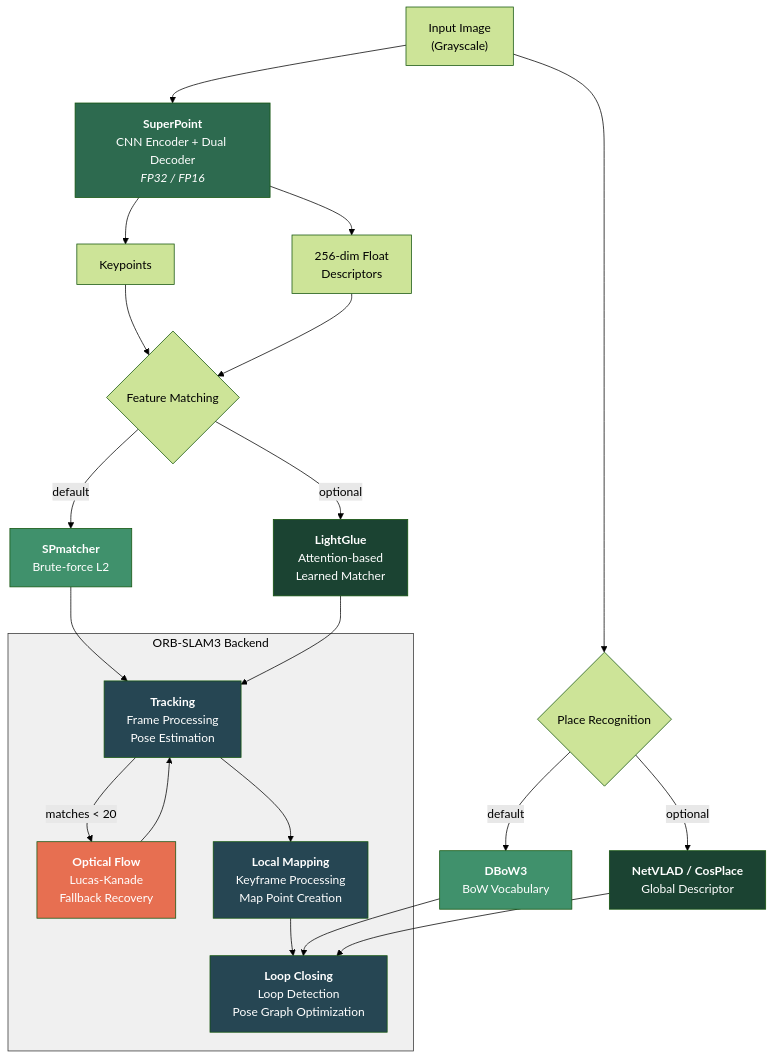
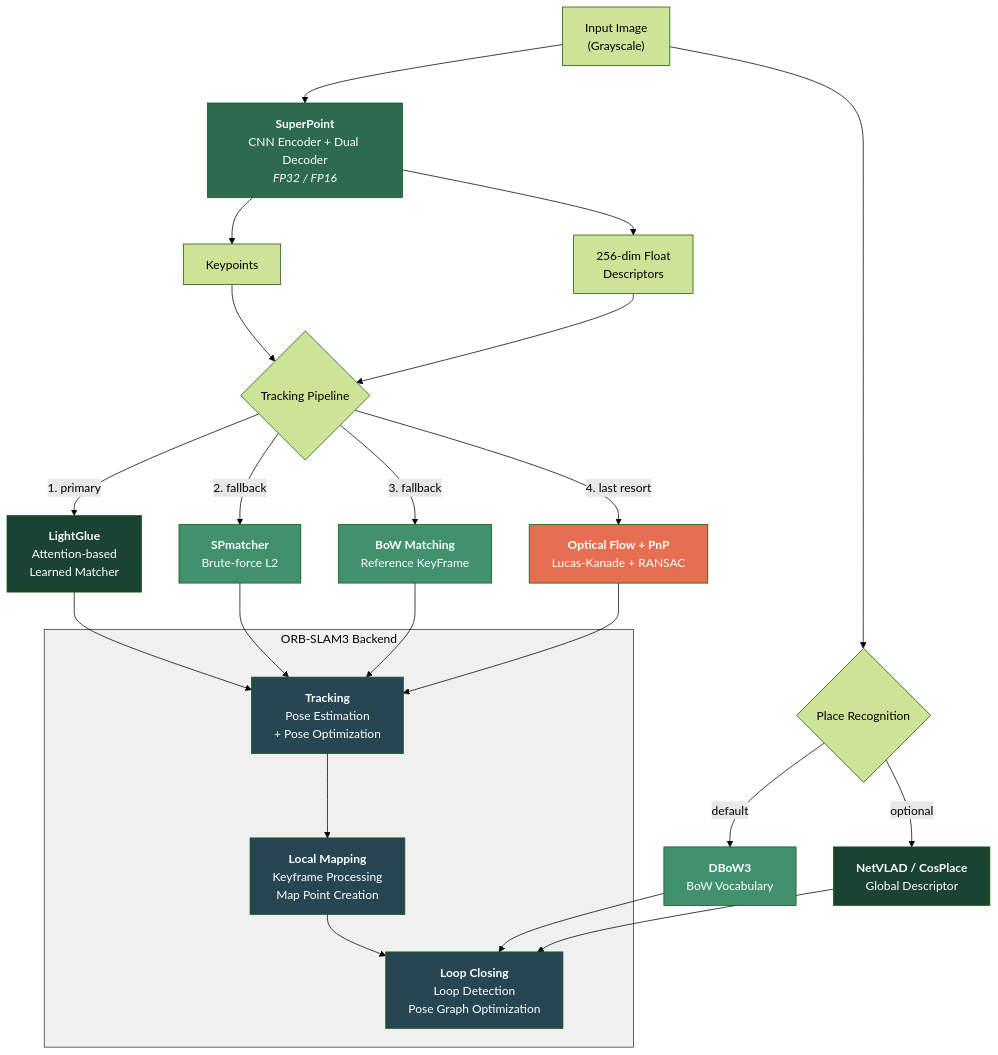
One commit to fthbng77/SP_SLAM3 changed the diagram in README.md. Above: the diagram before and after it, drawn with Mermaid (forest theme). The commit also changed other lines of this file and 2 other files, not shown here.

First line of the commit message:
Update README with new benchmark results and architecture

````diff
--- a/README.md
+++ b/README.md
@@ -351,41 +354,44 @@
 ```mermaid
 graph TD
     A["Input Image<br/>(Grayscale)"] --> B["<b>SuperPoint</b><br/>CNN Encoder + Dual Decoder<br/><i>FP32 / FP16</i>"]
 
     B --> K["Keypoints"]
     B --> D["256-dim Float<br/>Descriptors"]
 
-    K --> M{Feature Matching}
+    K --> M{Tracking Pipeline}
     D --> M
 
-    M -- "default" --> SP["<b>SPmatcher</b><br/>Brute-force L2"]
-    M -- "optional" --> LG["<b>LightGlue</b><br/>Attention-based<br/>Learned Matcher"]
+    M -- "1. primary" --> LG["<b>LightGlue</b><br/>Attention-based<br/>Learned Matcher"]
+    M -- "2. fallback" --> SP["<b>SPmatcher</b><br/>Brute-force L2"]
+    M -- "3. fallback" --> BOW["<b>BoW Matching</b><br/>Reference KeyFrame"]
+    M -- "4. last resort" --> OF["<b>Optical Flow + PnP</b><br/>Lucas-Kanade + RANSAC"]
 
+    LG --> T
     SP --> T
-    LG --> T
+    BOW --> T
+    OF --> T
 
     subgraph SLAM ["ORB-SLAM3 Backend"]
-        T["<b>Tracking</b><br/>Frame Processing<br/>Pose Estimation"]
-        T -- "matches < 20" --> OF["<b>Optical Flow</b><br/>Lucas-Kanade<br/>Fallback Recovery"]
-        OF --> T
+        T["<b>Tracking</b><br/>Pose Estimation<br/>+ Pose Optimization"]
         T --> LM["<b>Local Mapping</b><br/>Keyframe Processing<br/>Map Point Creation"]
         LM --> LC["<b>Loop Closing</b><br/>Loop Detection<br/>Pose Graph Optimization"]
     end
 
     A --> PR{Place Recognition}
     PR -- "default" --> DB["<b>DBoW3</b><br/>BoW Vocabulary"]
     PR -- "optional" --> NV["<b>NetVLAD / CosPlace</b><br/>Global Descriptor"]
     DB --> LC
     NV --> LC
 
     style B fill:#2d6a4f,color:#fff
     style LG fill:#1b4332,color:#fff
     style NV fill:#1b4332,color:#fff
     style SP fill:#40916c,color:#fff
+    style BOW fill:#40916c,color:#fff
     style DB fill:#40916c,color:#fff
     style OF fill:#e76f51,color:#fff
     style SLAM fill:#f0f0f0,stroke:#333,color:#000
     style T fill:#264653,color:#fff
     style LM fill:#264653,color:#fff
     style LC fill:#264653,color:#fff
 ```
````
